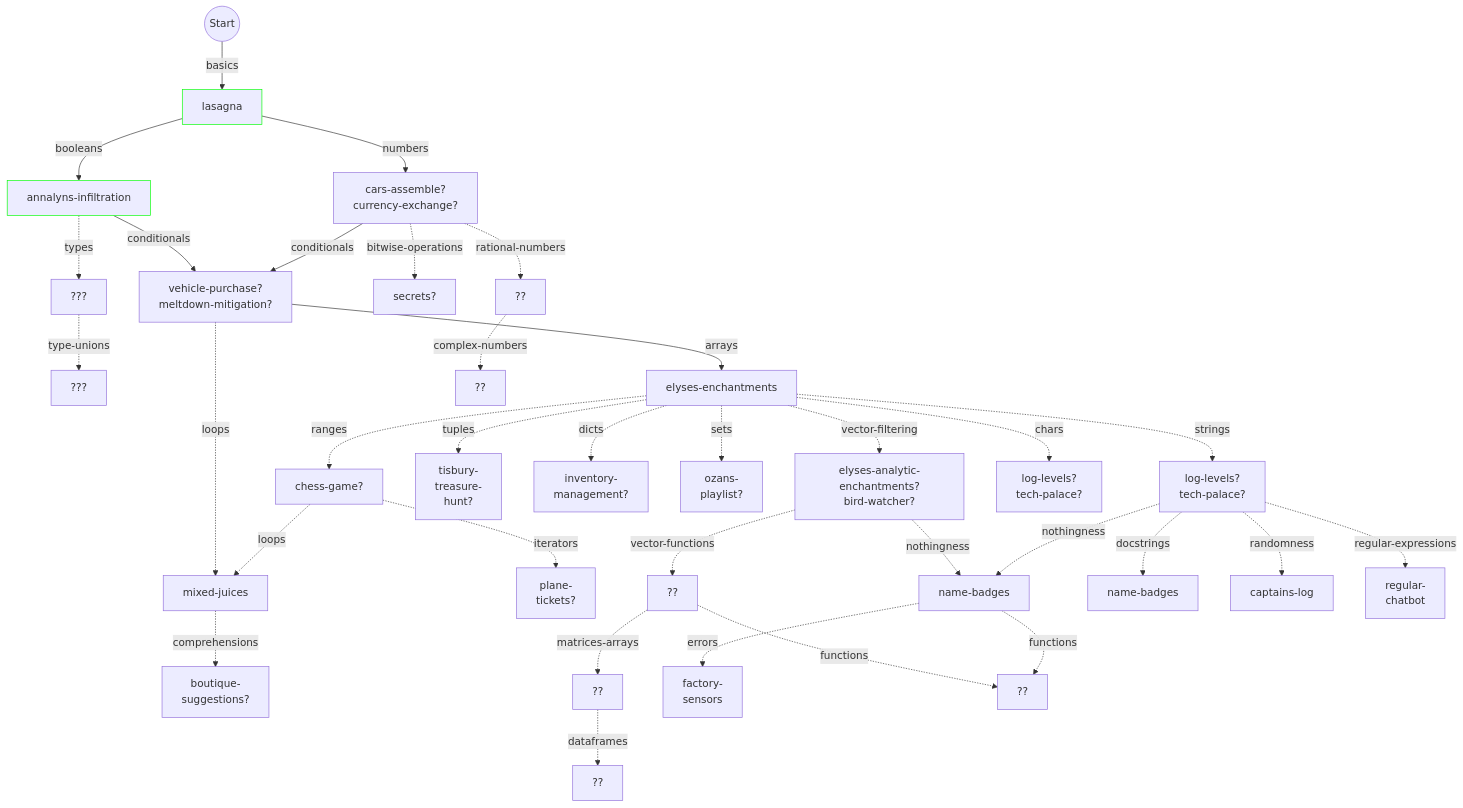
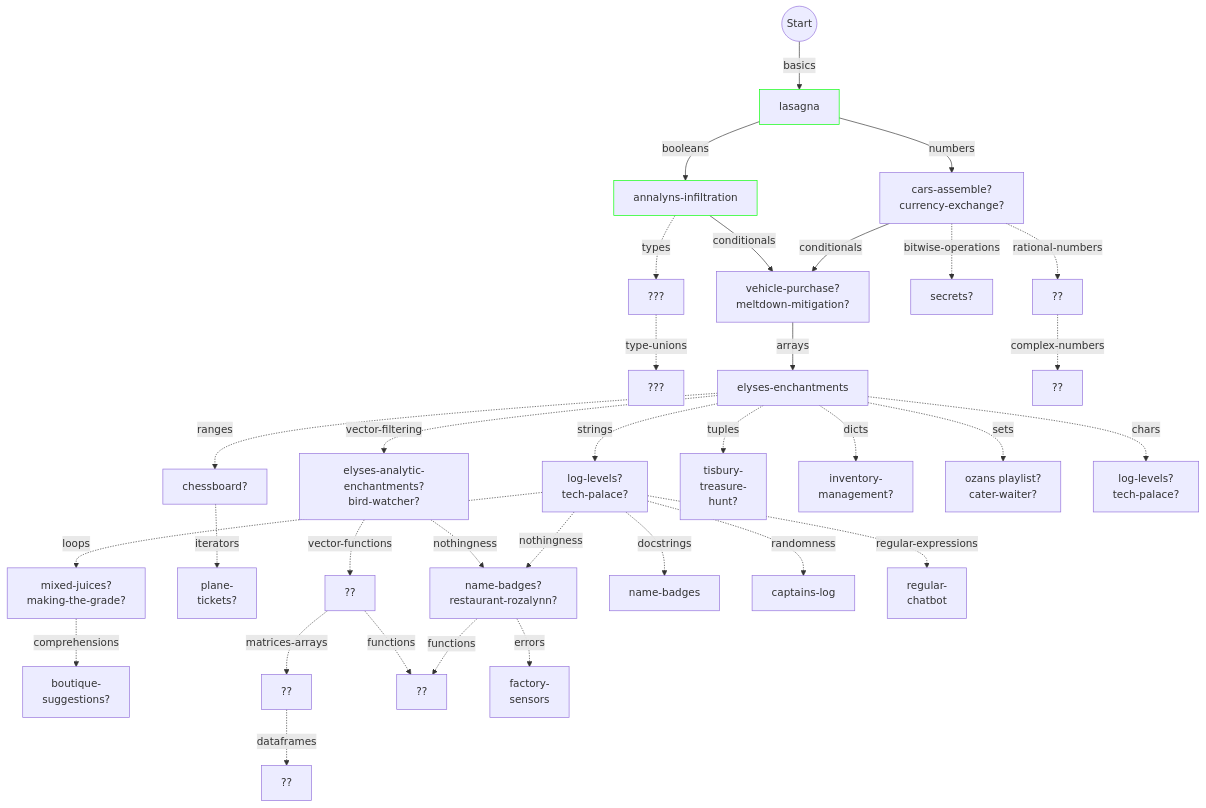
One commit to colinleach/learning-track-doodles changed the diagram in julia/flowchart.md. Above: the diagram before and after it, drawn with Mermaid.

Commit message:
moving flowchart around

```diff
--- a/julia/flowchart.md
+++ b/julia/flowchart.md
@@ -35,13 +35,13 @@
 conditionals --arrays--> arrays["elyses-enchantments"]
 %% style arrays stroke:#0f0
 
-conditionals -.loops.-> loops["mixed-juices"]
+strings -.loops.-> loops["mixed-juices?<br/>making-the-grade?"]
 %% style loops stroke:#0f0
 
-arrays -.ranges.-> ranges["chess-game?"]
-%% style ranges stroke:#0f0
+arrays -.strings.-> strings["log-levels?<br/>tech-palace?"]
+%% style strings stroke:#0f0
 
-ranges -.loops.-> loops["mixed-juices"]
+%% ranges -.loops.-> loops["mixed-juices?<br/>making-the-grade?"]
 %% style loops stroke:#0f0
 
 loops -.comprehensions.-> comprehensions["boutique-<br/>suggestions?"]
@@ -49,6 +49,9 @@
 
 arrays -.vector-filtering.-> vector-filtering["elyses-analytic-enchantments?<br/>bird-watcher?"]
 %% style vector-filtering stroke:#0f0
+
+arrays -.ranges.-> ranges["chessboard?"]
+%% style ranges stroke:#0f0
 
 arrays -.tuples.-> tuples["tisbury-<br/>treasure-<br/>hunt?"]
 %% style tuples stroke:#0f0
@@ -59,7 +62,7 @@
 arrays -.dicts.-> dicts["inventory-<br/>management?"]
 %% style dicts stroke:#0f0
 
-arrays -.sets.-> sets["ozans-<br/>playlist?"]
+arrays -.sets.-> sets["ozans playlist?<br/>cater-waiter?"]
 %% style sets stroke:#0f0
 
 vector-filtering -.vector-functions.-> vector-functions["??"]
@@ -68,16 +71,13 @@
 vector-filtering -.nothingness.-> nothingness["name-badges"]
 %% style vector-filtering stroke:#0f0
 
-arrays -.strings.-> strings["log-levels?<br/>tech-palace?"]
-%% style strings stroke:#0f0
-
 arrays -.chars.-> chars["log-levels?<br/>tech-palace?"]
 %% style chars stroke:#0f0
 
 strings -.docstrings.-> docstrings["name-badges"]
 %% style docstrings stroke:#0f0
 
-strings -.nothingness.-> nothingness["name-badges"]
+strings -.nothingness.-> nothingness["name-badges?<br/>restaurant-rozalynn?"]
 %% style nothingness stroke:#0f0
 
 strings -.randomness.-> randomness["captains-log"]
@@ -91,13 +91,13 @@
 vector-functions -.matrices-arrays.-> matrices-arrays["??"]
 %% style matrices-arrays fill:#f00,color:#fff
 
-nothingness -.errors.-> errors["factory-<br/>sensors "]
-
 matrices-arrays -.dataframes.-> dataframes["??"]
 
 vector-functions -.functions.-> functions["??"]
 nothingness -.functions.-> functions["??"]
 %% style functions fill:#f00,color:#fff
+
+nothingness -.errors.-> errors["factory-<br/>sensors "]
 
 numbers -.rational-numbers.-> rational-numbers["??"]
 %% style rational-numbers fill:#0f0
```
